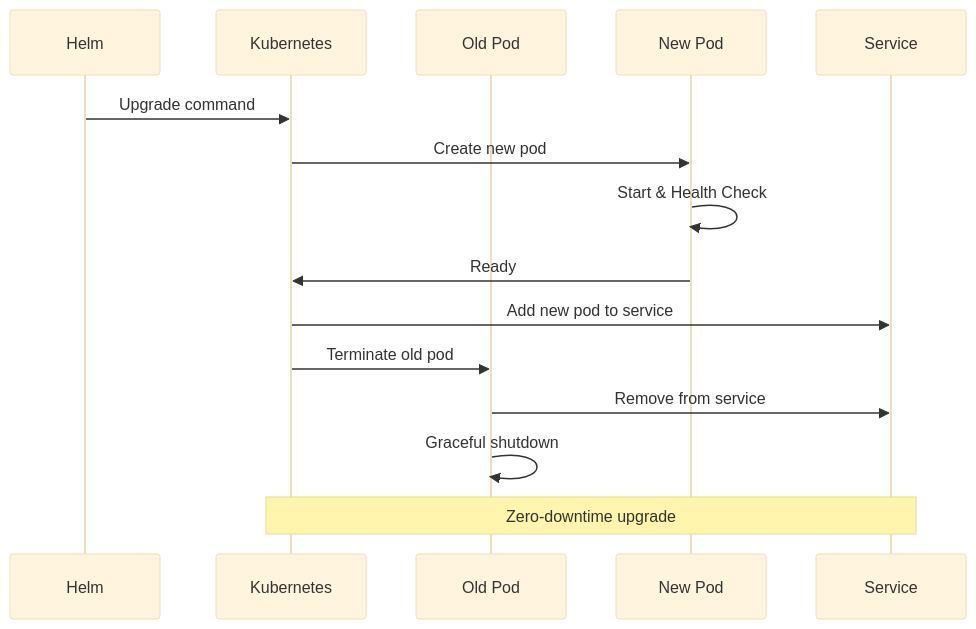
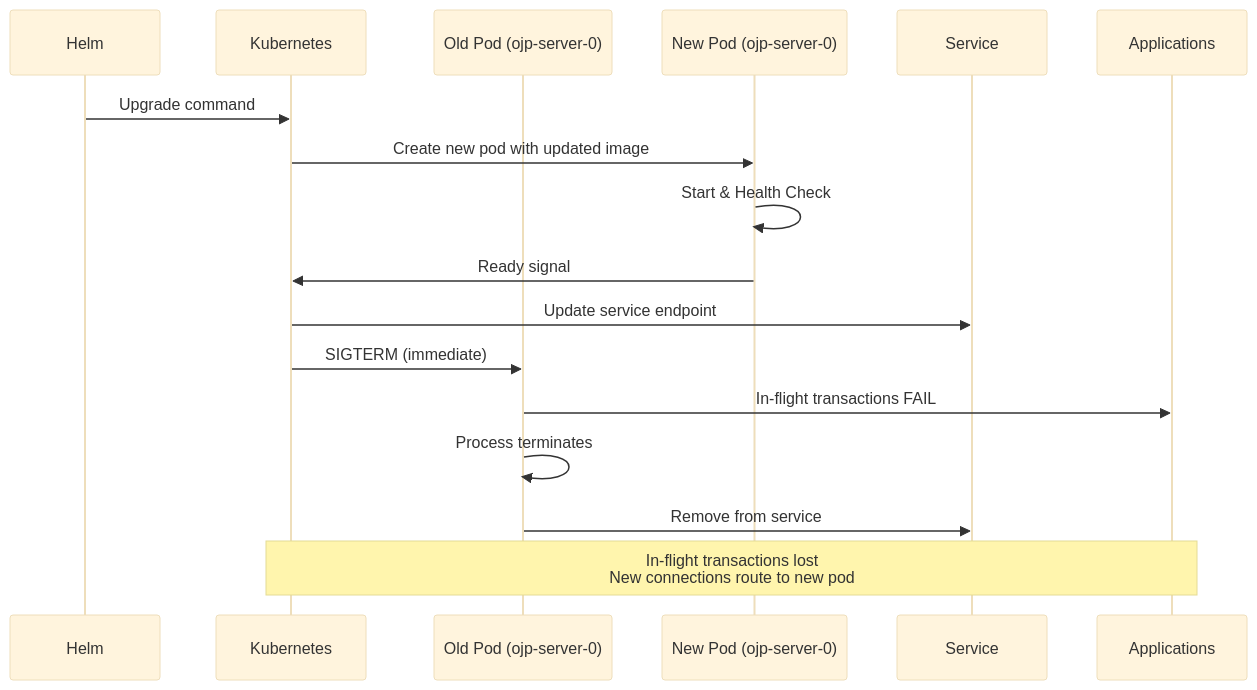
Before and after one commit to jenspapenhagen/ojp: the fourth of 8 diagrams in documents/ebook/part1-chapter3a-kubernetes-helm.md, drawn with Mermaid (base theme). The commit also changed other lines of this file and 2 other files, not shown here.

````diff
--- a/documents/ebook/part1-chapter3a-kubernetes-helm.md
+++ b/documents/ebook/part1-chapter3a-kubernetes-helm.md
@@ -446,19 +453,21 @@
 ```mermaid
 sequenceDiagram
     participant H as Helm
     participant K as Kubernetes
-    participant P1 as Old Pod
-    participant P2 as New Pod
+    participant P1 as Old Pod (ojp-server-0)
+    participant P2 as New Pod (ojp-server-0)
     participant S as Service
+    participant A as Applications
 
     H->>K: Upgrade command
-    K->>P2: Create new pod
+    K->>P2: Create new pod with updated image
     P2->>P2: Start & Health Check
-    P2->>K: Ready
-    K->>S: Add new pod to service
-    K->>P1: Terminate old pod
+    P2->>K: Ready signal
+    K->>S: Update service endpoint
+    K->>P1: SIGTERM (immediate)
+    P1->>A: In-flight transactions FAIL
+    P1->>P1: Process terminates
     P1->>S: Remove from service
-    P1->>P1: Graceful shutdown
     
-    Note over K,S: Zero-downtime upgrade
+    Note over K,A: In-flight transactions lost<br/>New connections route to new pod
 ```
````
